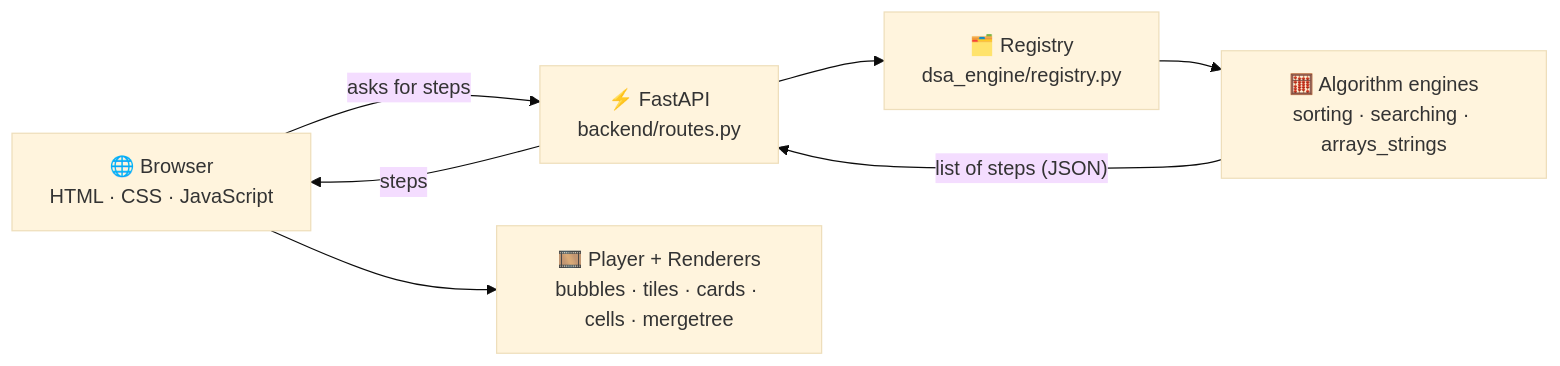
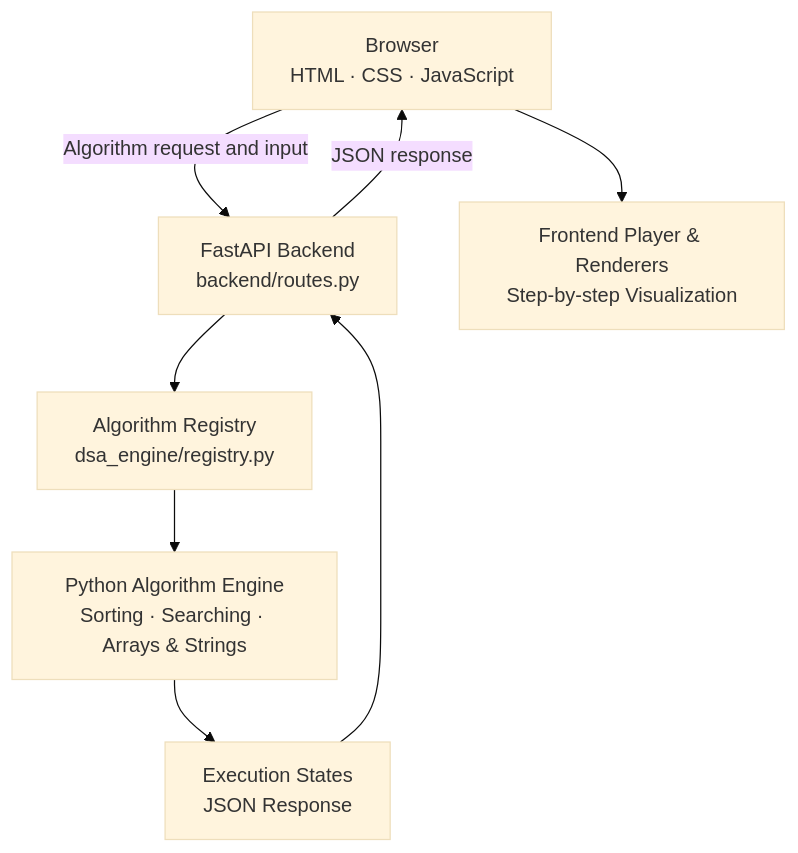
The diagram in README.md (Chandni-R53/DSA-Virtual-Lab), drawn with Mermaid (base theme) before and after one commit. The commit also changed other lines of this file and 1 other file, not shown here.

````diff
--- a/README.md
+++ b/README.md
@@ -66,9 +74,17 @@
 ```mermaid
-flowchart LR
-  A["🌐 Browser<br/>HTML · CSS · JavaScript"] -->|"asks for steps"| B["⚡ FastAPI<br/>backend/routes.py"]
-  B --> C["🗂️ Registry<br/>dsa_engine/registry.py"]
-  C --> D["🧮 Algorithm engines<br/>sorting · searching · arrays_strings"]
-  D -->|"list of steps (JSON)"| B
-  B -->|"steps"| A
-  A --> E["🎞️ Player + Renderers<br/>bubbles · tiles · cards · cells · mergetree"]
+flowchart TD
+    A["Browser<br/>HTML · CSS · JavaScript"]
+    B["FastAPI Backend<br/>backend/routes.py"]
+    C["Algorithm Registry<br/>dsa_engine/registry.py"]
+    D["Python Algorithm Engine<br/>Sorting · Searching · Arrays & Strings"]
+    E["Execution States<br/>JSON Response"]
+    F["Frontend Player & Renderers<br/>Step-by-step Visualization"]
+
+    A -->|"Algorithm request and input"| B
+    B --> C
+    C --> D
+    D --> E
+    E --> B
+    B -->|"JSON response"| A
+    A --> F
 ```
````
